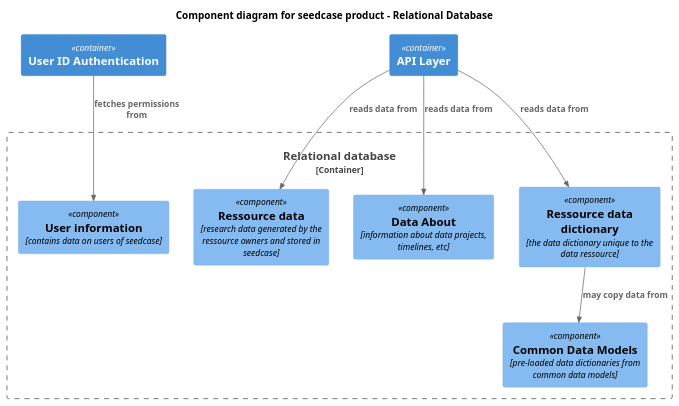
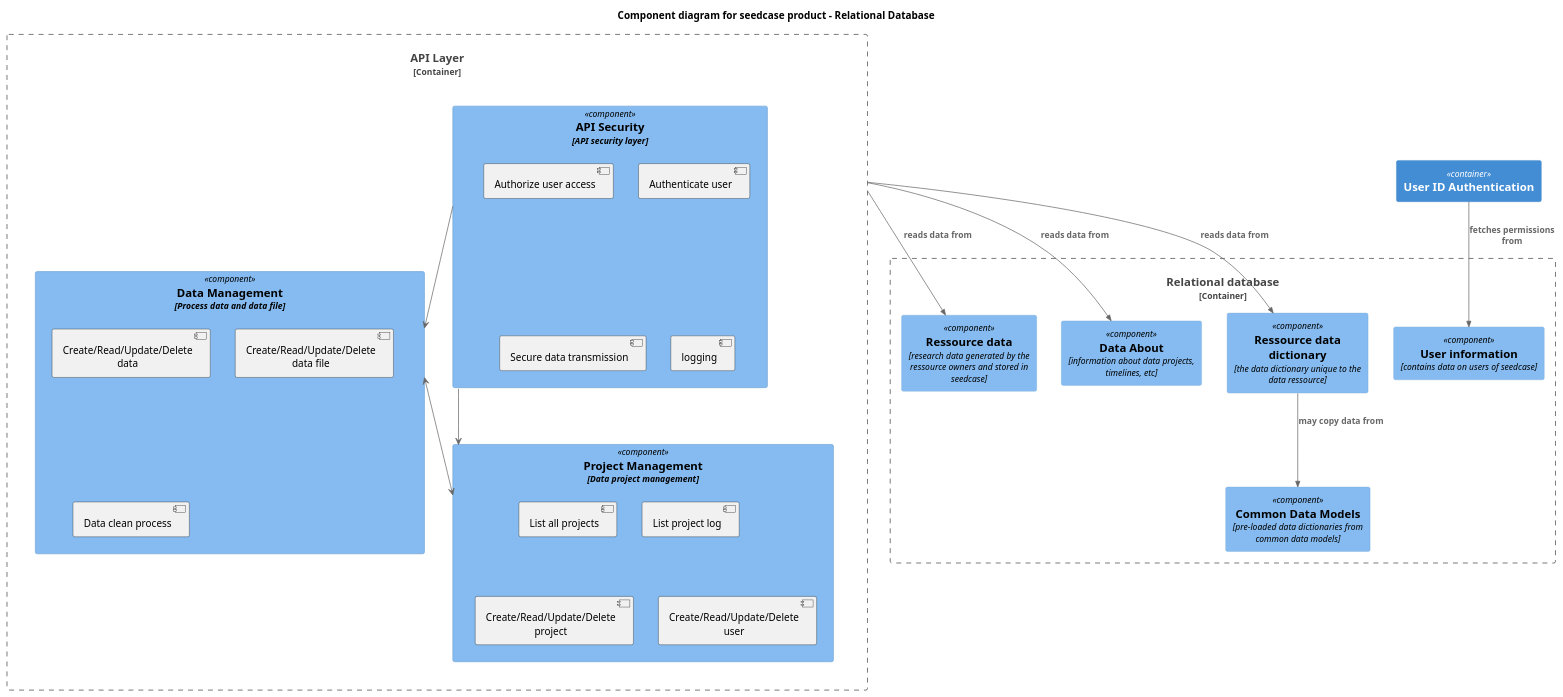
Before and after one commit to seedcase-project/seedcase-website: the diagram in design/images/component_database.puml, drawn with PlantUML.

Commit message:
add component diagram for API layer

```diff
--- a/design/images/component_database.puml
+++ b/design/images/component_database.puml
@@ -1,24 +1,46 @@
 @startuml
 
 !includeurl https://raw.githubusercontent.com/RicardoNiepel/C4-PlantUML/master/C4_Component.puml
 
 title Component diagram for seedcase product - Relational Database
 
 Container(uia,"User ID Authentication","")
-Container(api, "API Layer","")
+
+Container_Boundary(api, "API Layer","") {
+    Component(API_Security, "API Security", "API security layer") {
+      [Authenticate user]
+      [Authorize user access]
+      [Secure data transmission]
+      [logging]
+    }
+    Component(Data_Management, "Data Management", "Process data and data file") {
+      [Create/Read/Update/Delete data]
+      [Create/Read/Update/Delete data file]
+      [Data clean process]
+    }
+    Component(Project_Management, "Project Management", "Data project management"){
+      [List all projects]
+      [List project log]
+      [Create/Read/Update/Delete project]
+      [Create/Read/Update/Delete user]
+    }
+    API_Security --> Data_Management
+    API_Security --> Project_Management
+    Data_Management <--> Project_Management
+}
 
 Container_Boundary(db, "Relational database") {
   Component(User_info, "User information", "contains data on users of seedcase")
   Component(Ressource_data, "Ressource data", "research data generated by the ressource owners and stored in seedcase")
   Component(About_data, "Data About", "information about data projects, timelines, etc")
   Component(Data_dictionary, "Ressource data dictionary", "the data dictionary unique to the data ressource")
   Component(CDM_data, "Common Data Models", "pre-loaded data dictionaries from common data models")
 }
 
 Rel(uia, User_info, "fetches permissions from")
 Rel(api, Ressource_data, "reads data from")
 Rel(api, About_data, "reads data from")
 Rel(api, Data_dictionary, "reads data from")
 Rel(Data_dictionary, CDM_data, "may copy data from")
 
 @enduml
```
